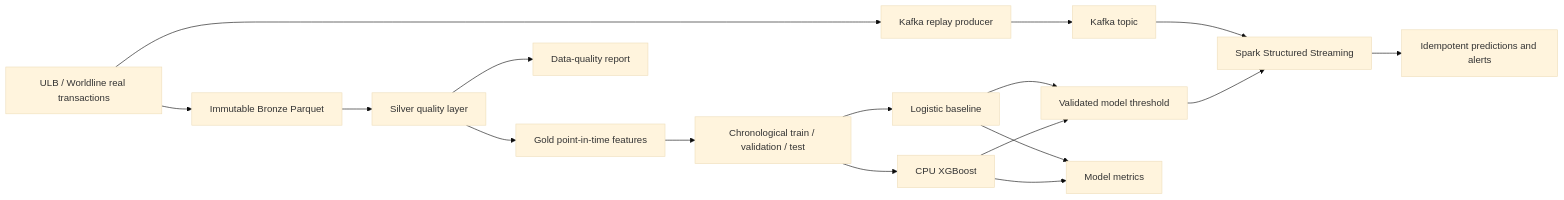
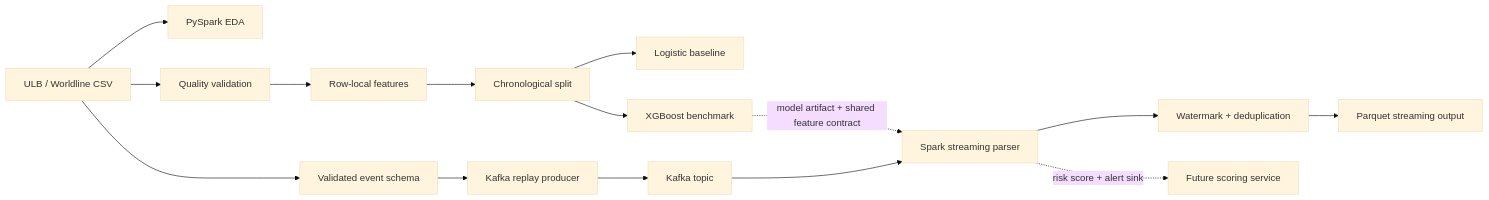
One commit to ALIAQIL/FinGuard-AI changed the diagram in README.md. Above: the diagram before and after it, drawn with Mermaid (base theme). The commit also changed other lines of this file, not shown here.

````diff
--- a/README.md
+++ b/README.md
@@ -13,19 +40,17 @@
 ```mermaid
 flowchart LR
-    A[ULB / Worldline real transactions] --> B[Immutable Bronze Parquet]
-    B --> C[Silver quality layer]
-    C --> D[Gold point-in-time features]
-    D --> E[Chronological train / validation / test]
+    A[ULB / Worldline CSV] --> B[PySpark EDA]
+    A --> C[Quality validation]
+    C --> D[Row-local features]
+    D --> E[Chronological split]
     E --> F[Logistic baseline]
-    E --> G[CPU XGBoost]
-    F --> H[Validated model threshold]
-    G --> H
-    A --> I[Kafka replay producer]
+    E --> G[XGBoost benchmark]
+    A --> H[Validated event schema]
+    H --> I[Kafka replay producer]
     I --> J[Kafka topic]
-    J --> K[Spark Structured Streaming]
-    H --> K
-    K --> L[Idempotent predictions and alerts]
-    C --> M[Data-quality report]
-    F --> N[Model metrics]
-    G --> N
+    J --> K[Spark streaming parser]
+    K --> L[Watermark + deduplication]
+    L --> M[Parquet streaming output]
+    G -. model artifact + shared feature contract .-> K
+    K -. risk score + alert sink .-> N[Future scoring service]
 ```
````
